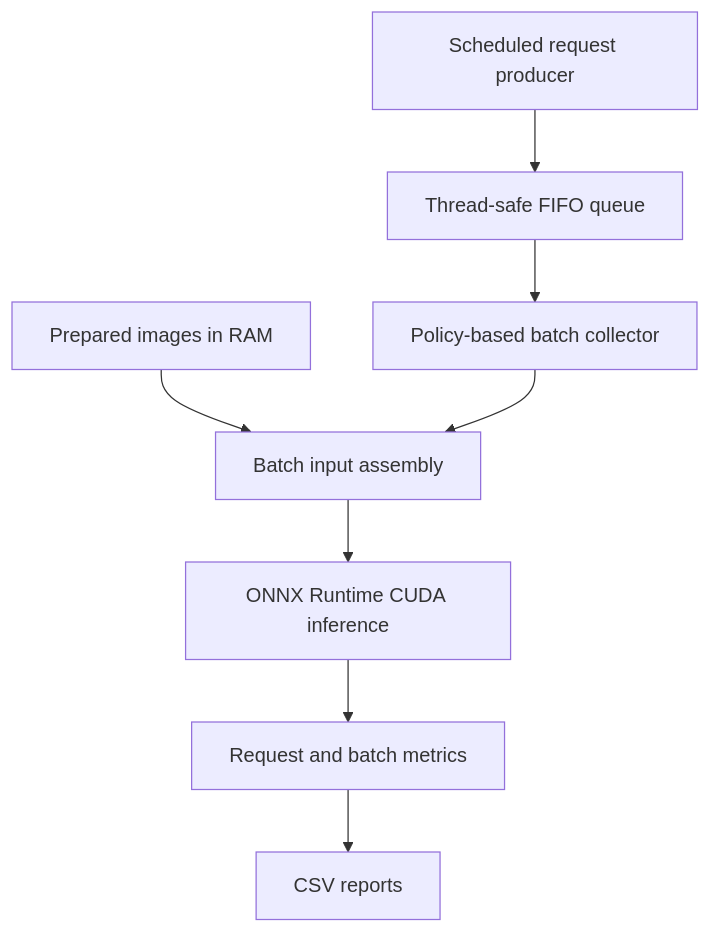
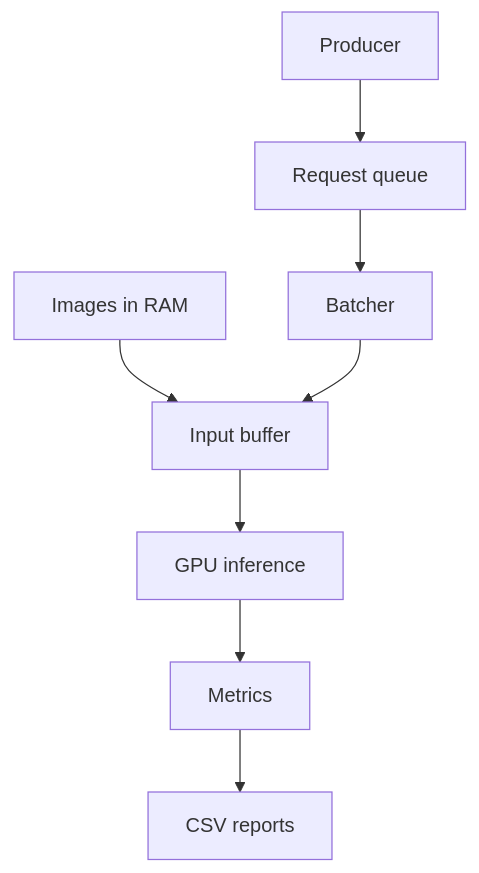
The diagram in README.md (lucy980509/resnet50-batching-benchmark), drawn with Mermaid before and after one commit. The commit also changed other lines of this file, not shown here.

Commit message:
Refine benchmark README

````diff
--- a/README.md
+++ b/README.md
@@ -53,10 +53,10 @@
 ```mermaid
 flowchart TD
-    A[Prepared images in RAM] --> E[Batch input assembly]
-    B[Scheduled request producer] --> C[Thread-safe FIFO queue]
-    C --> D[Policy-based batch collector]
+    A["Images in RAM"] --> E["Input buffer"]
+    B["Producer"] --> C["Request queue"]
+    C --> D["Batcher"]
     D --> E
-    E --> F[ONNX Runtime CUDA inference]
-    F --> G[Request and batch metrics]
-    G --> H[CSV reports]
+    E --> F["GPU inference"]
+    F --> G["Metrics"]
+    G --> H["CSV reports"]
 ```
````
